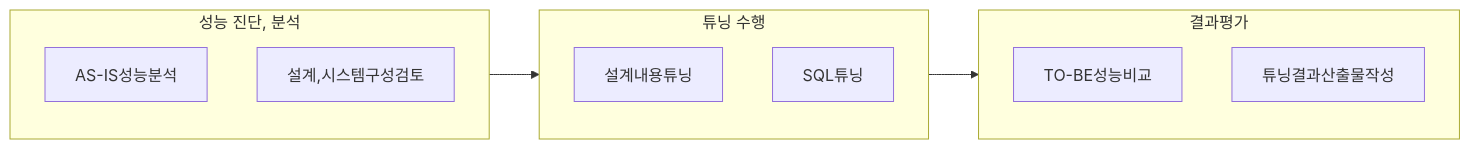
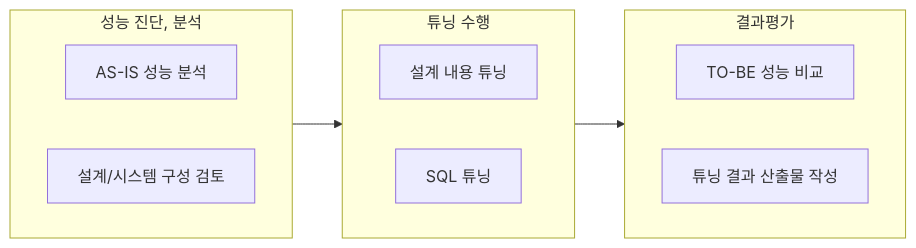
The diagram in blog/pe/db/database-tuning.md (gracefullight/gracefullight.github.io), drawn with Mermaid before and after one commit. The commit also changed 18 other files, not shown here.

````diff
--- a/blog/pe/db/database-tuning.md
+++ b/blog/pe/db/database-tuning.md
@@ -20,19 +20,22 @@
 ```mermaid
 graph LR 
   성능진단분석 --> 튜닝수행 --> 결과평가
 
   subgraph 성능진단분석[성능 진단, 분석]
-    AS-IS성능분석
-    설계,시스템구성검토
+    direction LR
+    AS-IS성능분석[AS-IS 성능 분석]
+    설계/시스템구성검토[설계/시스템 구성 검토]
   end
 
   subgraph 튜닝수행[튜닝 수행]
-    설계내용튜닝
-    SQL튜닝
+    direction LR
+    설계내용튜닝[설계 내용 튜닝]
+    SQL튜닝[SQL 튜닝]
   end
 
   subgraph 결과평가
-    TO-BE성능비교
-    튜닝결과산출물작성
+    direction LR
+    TO-BE성능비교[TO-BE 성능 비교]
+    튜닝결과산출물작성[튜닝 결과 산출물 작성]
   end
 ```
````
